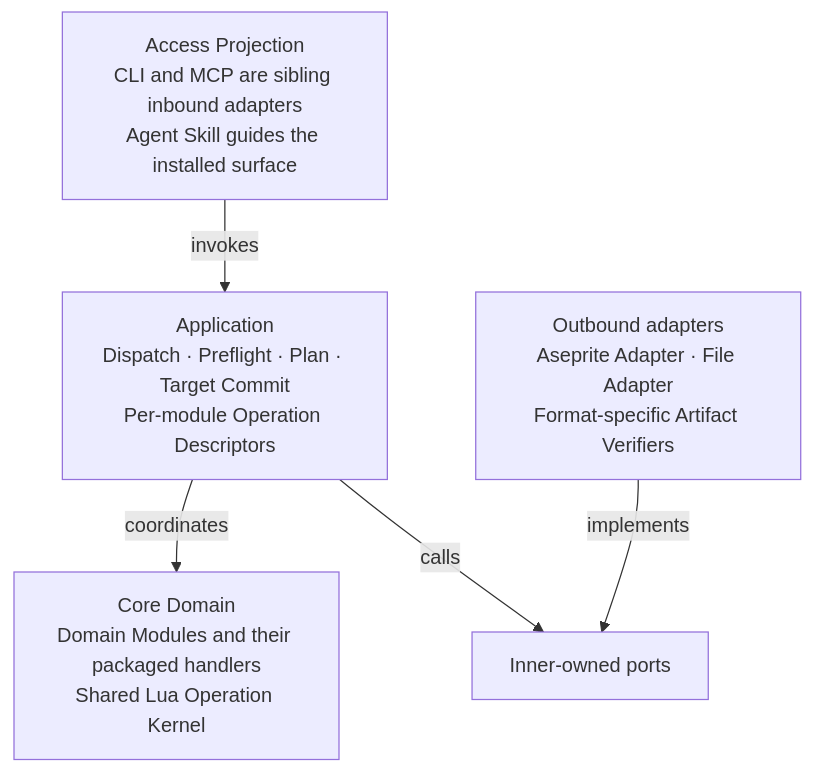
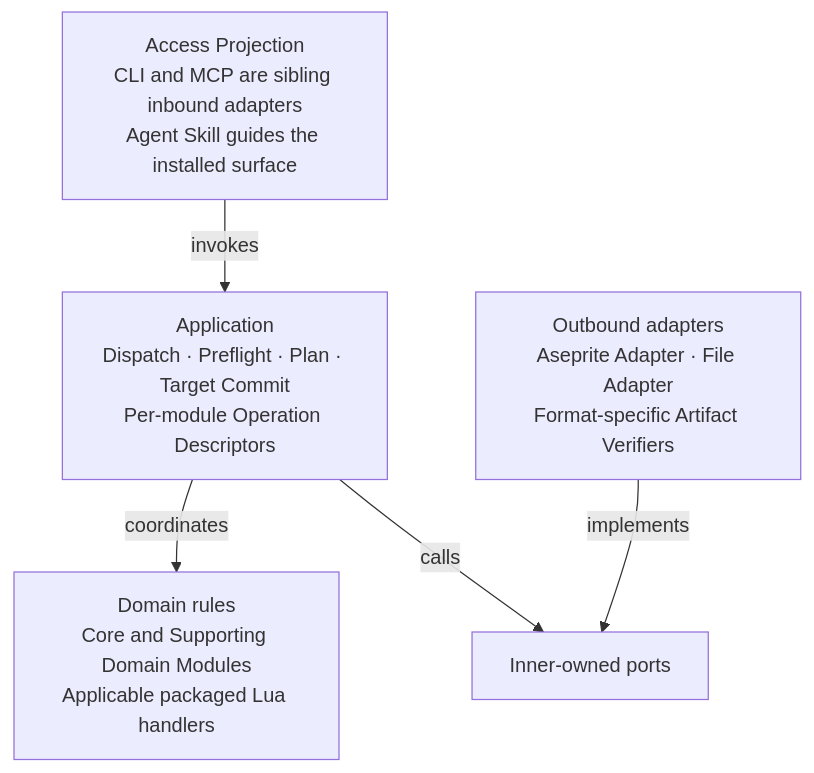
Before and after one commit to aigengame/aseprite-automation: the fourth of 8 diagrams in ARCHITECTURE.md, drawn with Mermaid. The commit also changed other lines of this file and 11 other files, not shown here.

````diff
--- a/ARCHITECTURE.md
+++ b/ARCHITECTURE.md
@@ -198,13 +226,13 @@
 ```mermaid
 flowchart TB
     Access["Access Projection<br/>CLI and MCP are sibling inbound adapters<br/>Agent Skill guides the installed surface"]
     Application["Application<br/>Dispatch · Preflight · Plan · Target Commit<br/>Per-module Operation Descriptors"]
-    Core["Core Domain<br/>Domain Modules and their packaged handlers<br/>Shared Lua Operation Kernel"]
+    Core["Domain rules<br/>Core and Supporting Domain Modules<br/>Applicable packaged Lua handlers"]
     Ports[Inner-owned ports]
     Outbound["Outbound adapters<br/>Aseprite Adapter · File Adapter<br/>Format-specific Artifact Verifiers"]
 
     Access -->|invokes| Application
     Application -->|coordinates| Core
     Application -->|calls| Ports
     Outbound -->|implements| Ports
 ```
````
